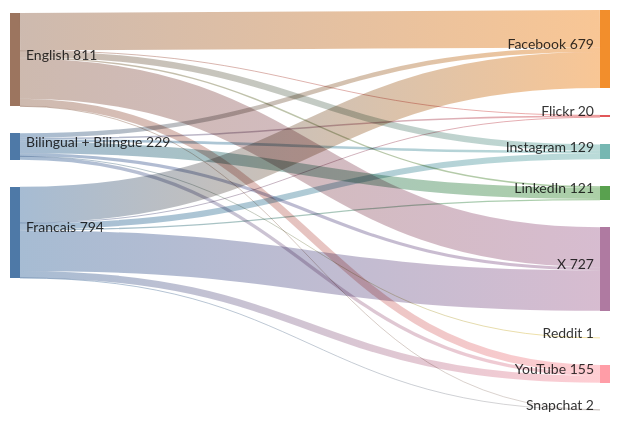
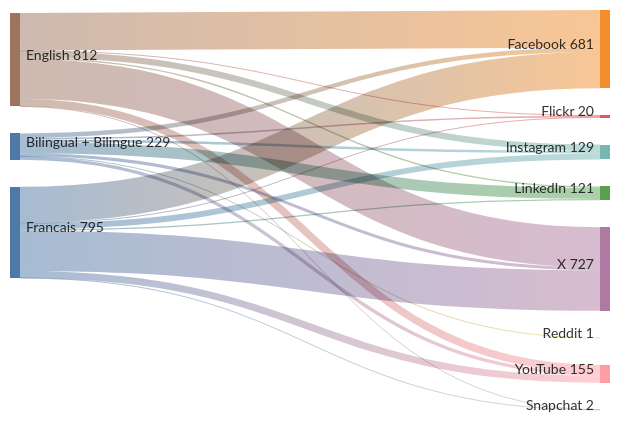
The diagram in sankey_diagram.md (PatLittle/GC-Socials), drawn with Mermaid before and after one commit.

Commit message:
Update Sankey diagram for the most recent day

````diff
--- a/sankey_diagram.md
+++ b/sankey_diagram.md
@@ -1,24 +1,24 @@
 ```mermaid
 sankey-beta
   Bilingual + Bilingue,Facebook,39
   Bilingual + Bilingue,Flickr,13
   Bilingual + Bilingue,Instagram,22
   Bilingual + Bilingue,LinkedIn,98
   Bilingual + Bilingue,Reddit,1
   Bilingual + Bilingue,X,27
   Bilingual + Bilingue,YouTube,29
-  English,Facebook,325
+  English,Facebook,326
   English,Flickr,4
   English,Instagram,55
   English,LinkedIn,12
   English,Snapchat,1
   English,X,349
   English,YouTube,65
-  Francais,Facebook,315
+  Francais,Facebook,316
   Francais,Flickr,3
   Francais,Instagram,52
   Francais,LinkedIn,11
   Francais,Snapchat,1
   Francais,X,351
   Francais,YouTube,61
 ```
````
